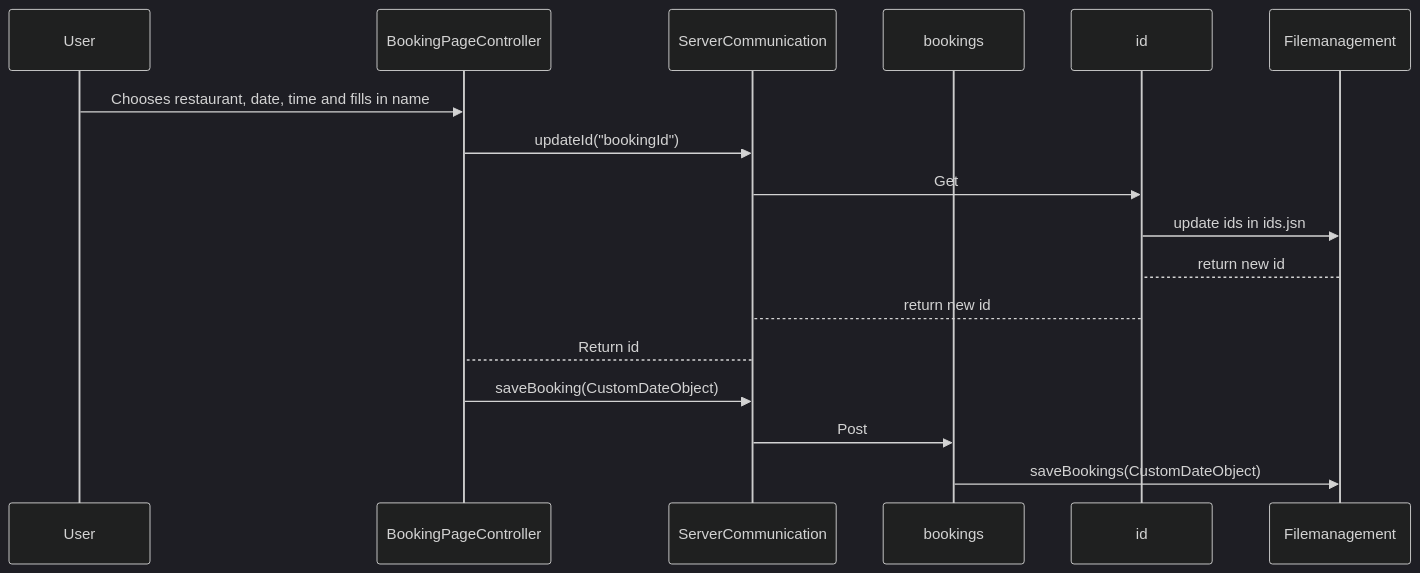
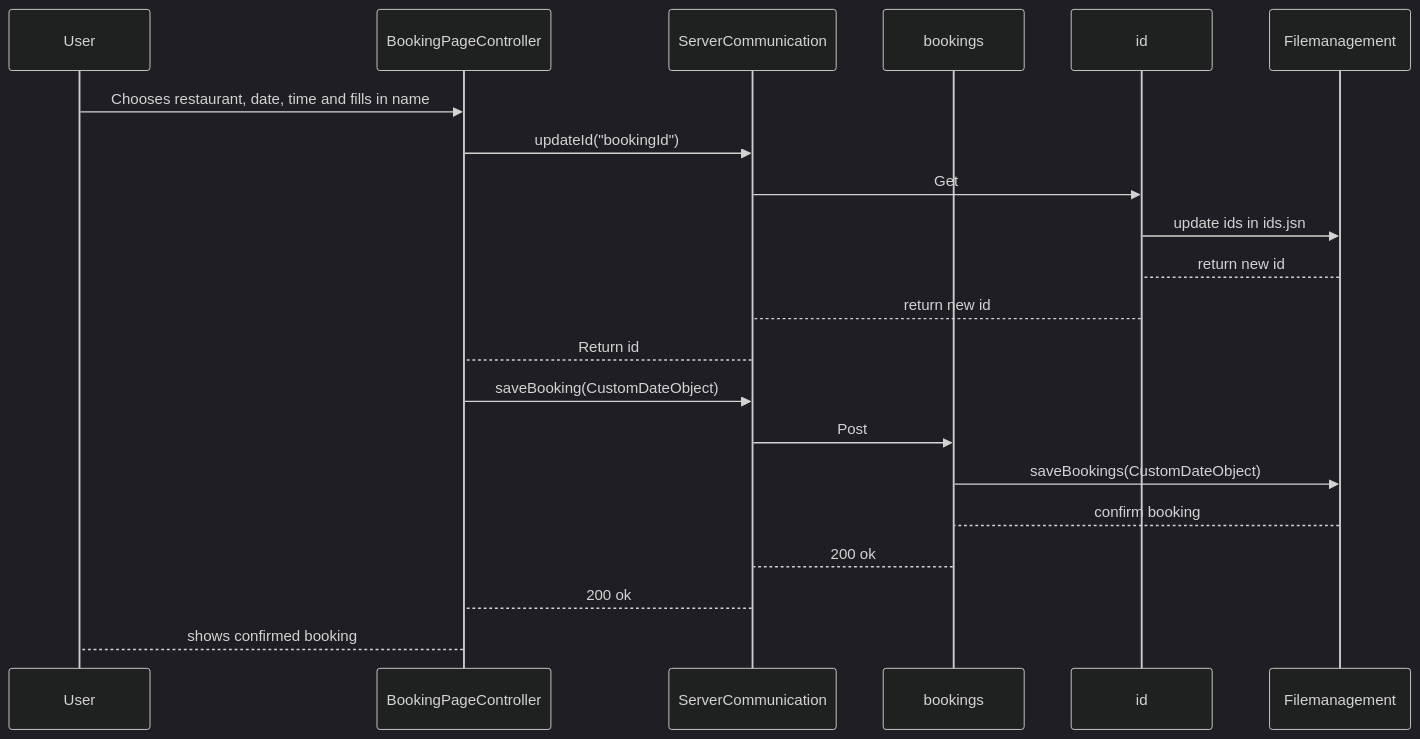
The diagram in Sequence-diagram.md (marsun02/IT1901_Booking_Manager), drawn with Mermaid (dark theme) before and after one commit.

Commit message:
docs: :memo: Added calls from Filemanagement to User confirming the booking #197

````diff
--- a/Sequence-diagram.md
+++ b/Sequence-diagram.md
@@ -1,23 +1,26 @@
 ```mermaid 
 
 sequenceDiagram
     participant User
     participant BookingPageController
     participant ServerCommunication
     participant bookings
     participant id
     participant Filemanagement
 
     User->>BookingPageController: Chooses restaurant, date, time and fills in name
     BookingPageController->>ServerCommunication: updateId("bookingId")
     ServerCommunication->>id:Get
     id->>Filemanagement: update ids in ids.jsn
     Filemanagement-->id: return new id
     id-->ServerCommunication: return new id
     ServerCommunication-->BookingPageController: Return id
     BookingPageController->>ServerCommunication: saveBooking(CustomDateObject)
     ServerCommunication->>bookings: Post
     bookings->>Filemanagement: saveBookings(CustomDateObject)
-    
+    Filemanagement-->bookings: confirm booking
+    bookings-->ServerCommunication: 200 ok
+    ServerCommunication-->BookingPageController: 200 ok
+    BookingPageController-->User: shows confirmed booking
     
 ```
````
